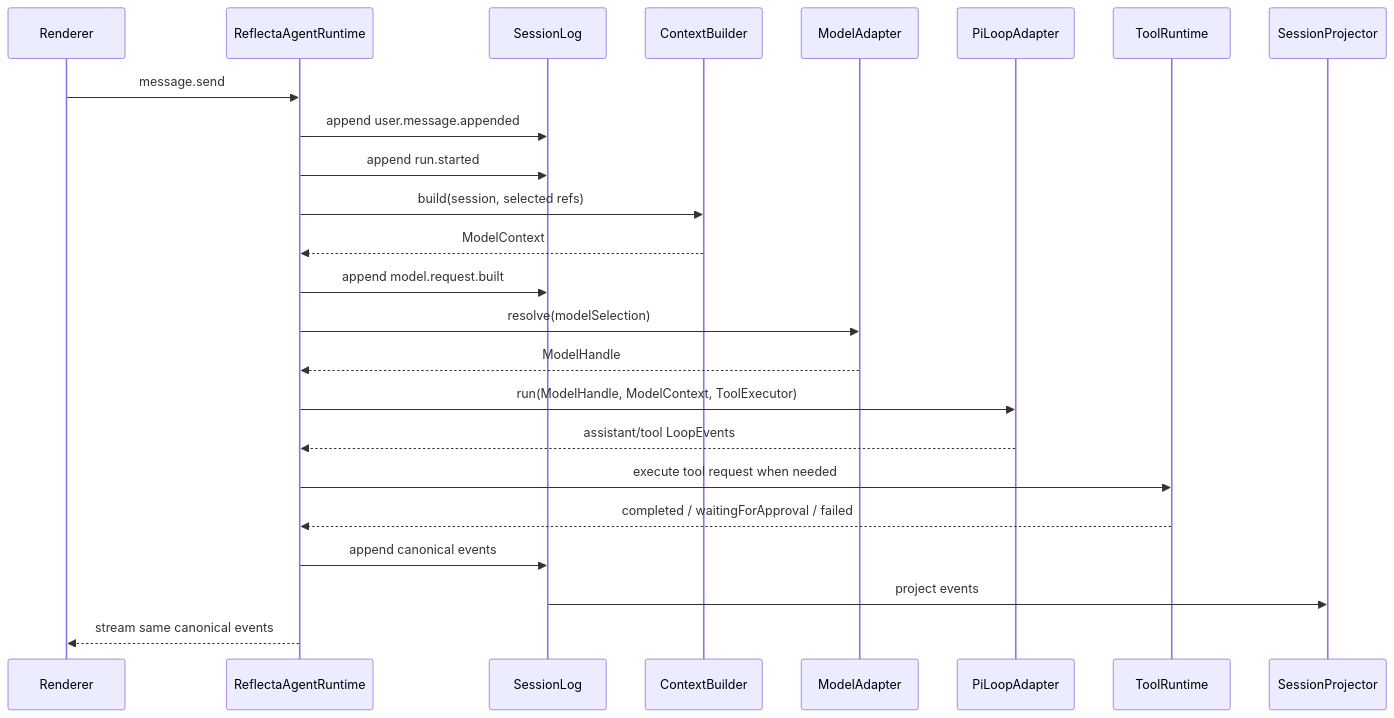
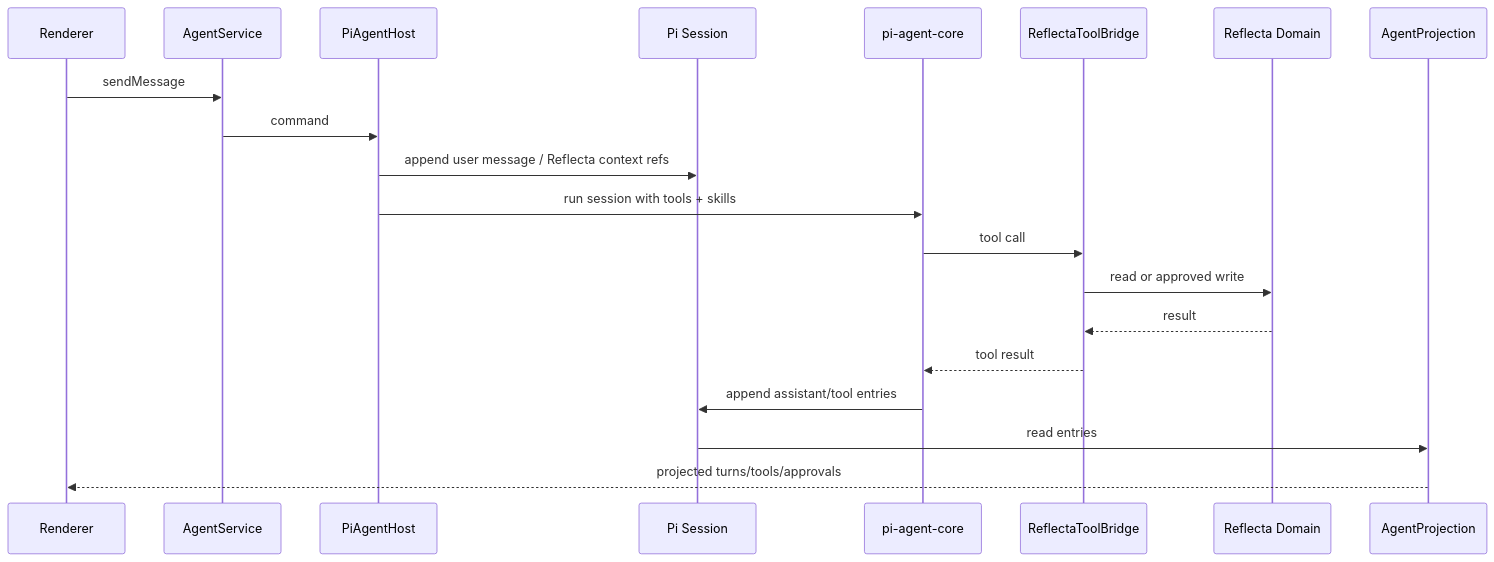
One commit to Floribunda1/reflecta changed the second of 2 diagrams in docs/iterations/v1.1.0/tech/agent-pi-runtime-architecture.md. Above: the diagram before and after it, drawn with Mermaid. The commit also changed other lines of this file, not shown here.

Commit message:
docs(agent): center architecture on pi agent host

````diff
--- a/docs/iterations/v1.1.0/tech/agent-pi-runtime-architecture.md
+++ b/docs/iterations/v1.1.0/tech/agent-pi-runtime-architecture.md
@@ -395,27 +339,23 @@
 ```mermaid
 sequenceDiagram
   participant UI as Renderer
-  participant RT as ReflectaAgentRuntime
-  participant Log as SessionLog
-  participant Ctx as ContextBuilder
-  participant Model as ModelAdapter
-  participant Pi as PiLoopAdapter
-  participant Tool as ToolRuntime
-  participant Proj as SessionProjector
+  participant Service as AgentService
+  participant Host as PiAgentHost
+  participant Session as Pi Session
+  participant Pi as pi-agent-core
+  participant Tools as ReflectaToolBridge
+  participant Domain as Reflecta Domain
+  participant Projection as AgentProjection
 
-  UI->>RT: message.send
-  RT->>Log: append user.message.appended
-  RT->>Log: append run.started
-  RT->>Ctx: build(session, selected refs)
-  Ctx-->>RT: ModelContext
-  RT->>Log: append model.request.built
-  RT->>Model: resolve(modelSelection)
-  Model-->>RT: ModelHandle
-  RT->>Pi: run(ModelHandle, ModelContext, ToolExecutor)
-  Pi-->>RT: assistant/tool LoopEvents
-  RT->>Tool: execute tool request when needed
-  Tool-->>RT: completed / waitingForApproval / failed
-  RT->>Log: append canonical events
-  Log->>Proj: project events
-  RT-->>UI: stream same canonical events
+  UI->>Service: sendMessage
+  Service->>Host: command
+  Host->>Session: append user message / Reflecta context refs
+  Host->>Pi: run session with tools + skills
+  Pi->>Tools: tool call
+  Tools->>Domain: read or approved write
+  Domain-->>Tools: result
+  Tools-->>Pi: tool result
+  Pi->>Session: append assistant/tool entries
+  Session->>Projection: read entries
+  Projection-->>UI: projected turns/tools/approvals
 ```
````
